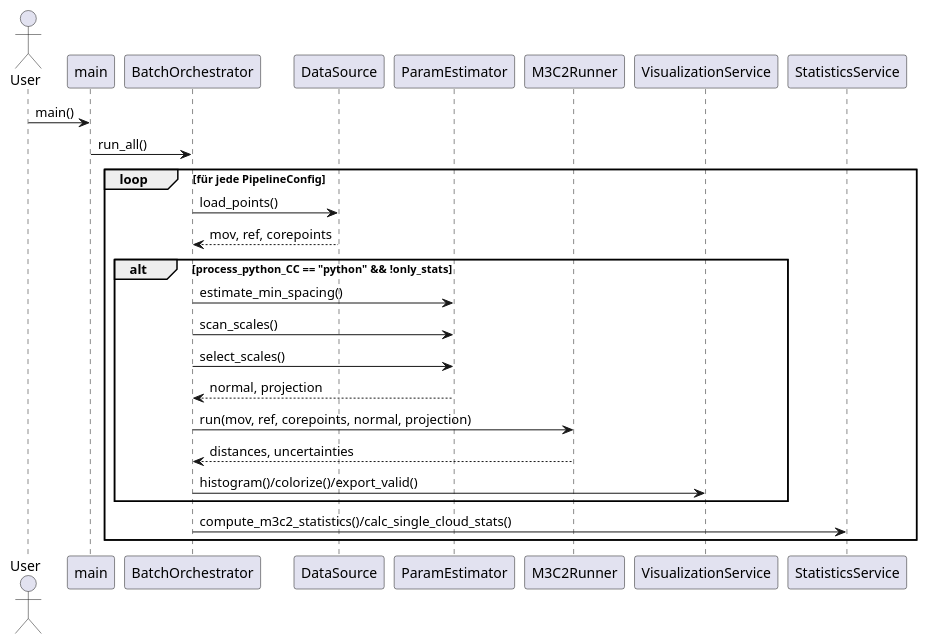
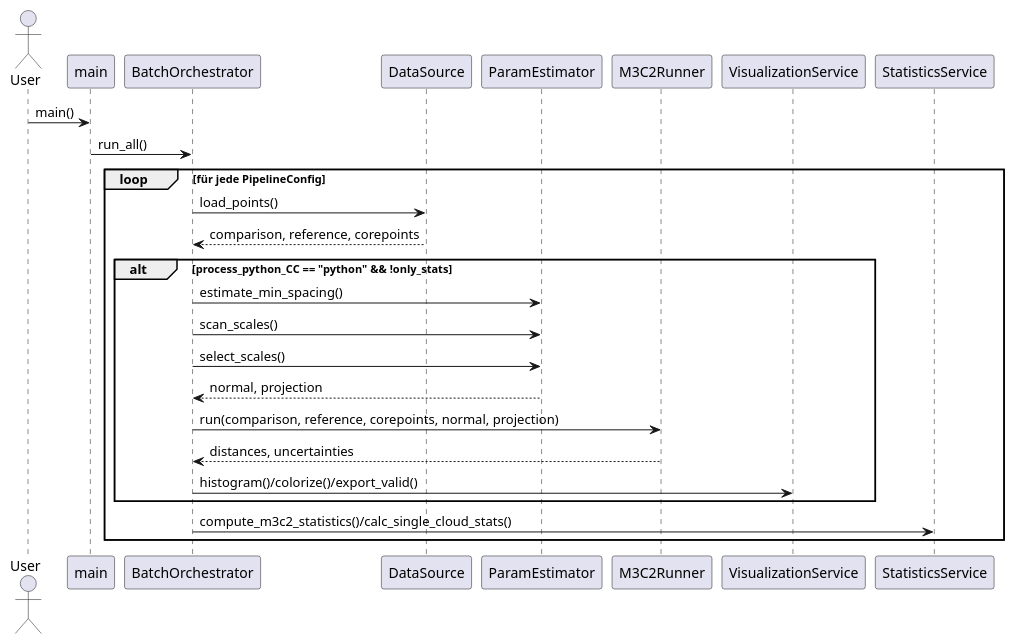
The diagram in docu/uml/sequence.md (sigi-campus02/M3C2), drawn with PlantUML before and after one commit. The commit also changed 50 other files, not shown here.

```diff
--- a/docu/uml/sequence.md
+++ b/docu/uml/sequence.md
@@ -1,25 +1,25 @@
 @startuml
 actor User
 
 User -> main : main()
 main -> BatchOrchestrator : run_all()
 
 loop für jede PipelineConfig
   BatchOrchestrator -> DataSource : load_points()
-  DataSource --> BatchOrchestrator : mov, ref, corepoints
+  DataSource --> BatchOrchestrator : comparison, reference, corepoints
 
   alt process_python_CC == "python" && !only_stats
     BatchOrchestrator -> ParamEstimator : estimate_min_spacing()
     BatchOrchestrator -> ParamEstimator : scan_scales()
     BatchOrchestrator -> ParamEstimator : select_scales()
     ParamEstimator --> BatchOrchestrator : normal, projection
 
-    BatchOrchestrator -> M3C2Runner : run(mov, ref, corepoints, normal, projection)
+    BatchOrchestrator -> M3C2Runner : run(comparison, reference, corepoints, normal, projection)
     M3C2Runner --> BatchOrchestrator : distances, uncertainties
 
     BatchOrchestrator -> VisualizationService : histogram()/colorize()/export_valid()
   end
 
   BatchOrchestrator -> StatisticsService : compute_m3c2_statistics()/calc_single_cloud_stats()
 end
 @enduml
```
